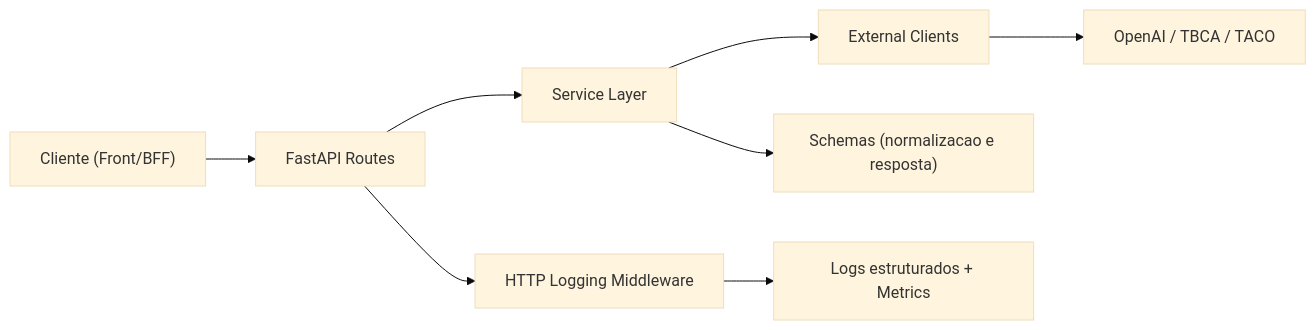
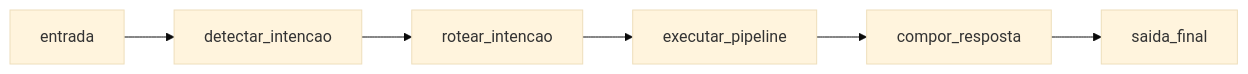
One commit to Boddenberg/vidasync-multiagents-ia changed the third of 6 diagrams in README.md. Above: the diagram before and after it, drawn with Mermaid (base theme). The commit also changed other lines of this file, not shown here.

````diff
--- a/README.md
+++ b/README.md
@@ -539,10 +215,8 @@
 ```mermaid
 flowchart LR
-    A["Cliente (Front/BFF)"] --> B["FastAPI Routes"]
-    B --> C["Service Layer"]
-    C --> D["External Clients"]
-    D --> E["OpenAI / TBCA / TACO"]
-    C --> F["Schemas (normalizacao e resposta)"]
-    B --> G["HTTP Logging Middleware"]
-    G --> H["Logs estruturados + Metrics"]
+    A["entrada"] --> B["detectar_intencao"]
+    B --> C["rotear_intencao"]
+    C --> D["executar_pipeline"]
+    D --> E["compor_resposta"]
+    E --> F["saida_final"]
 ```
````
